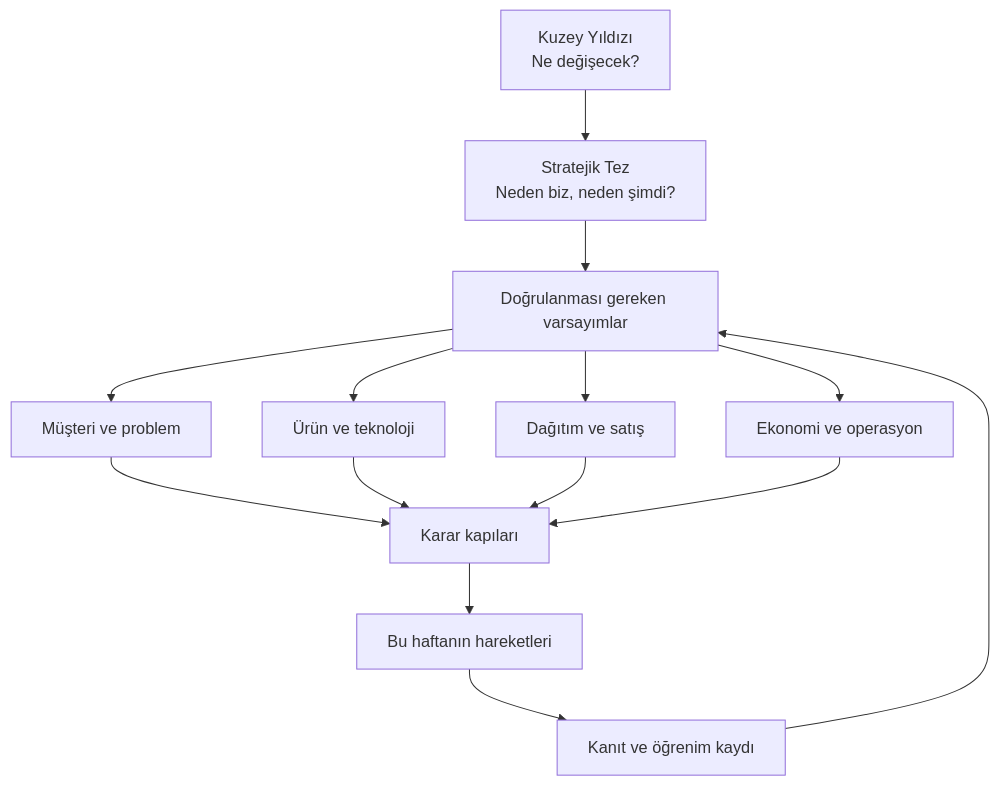
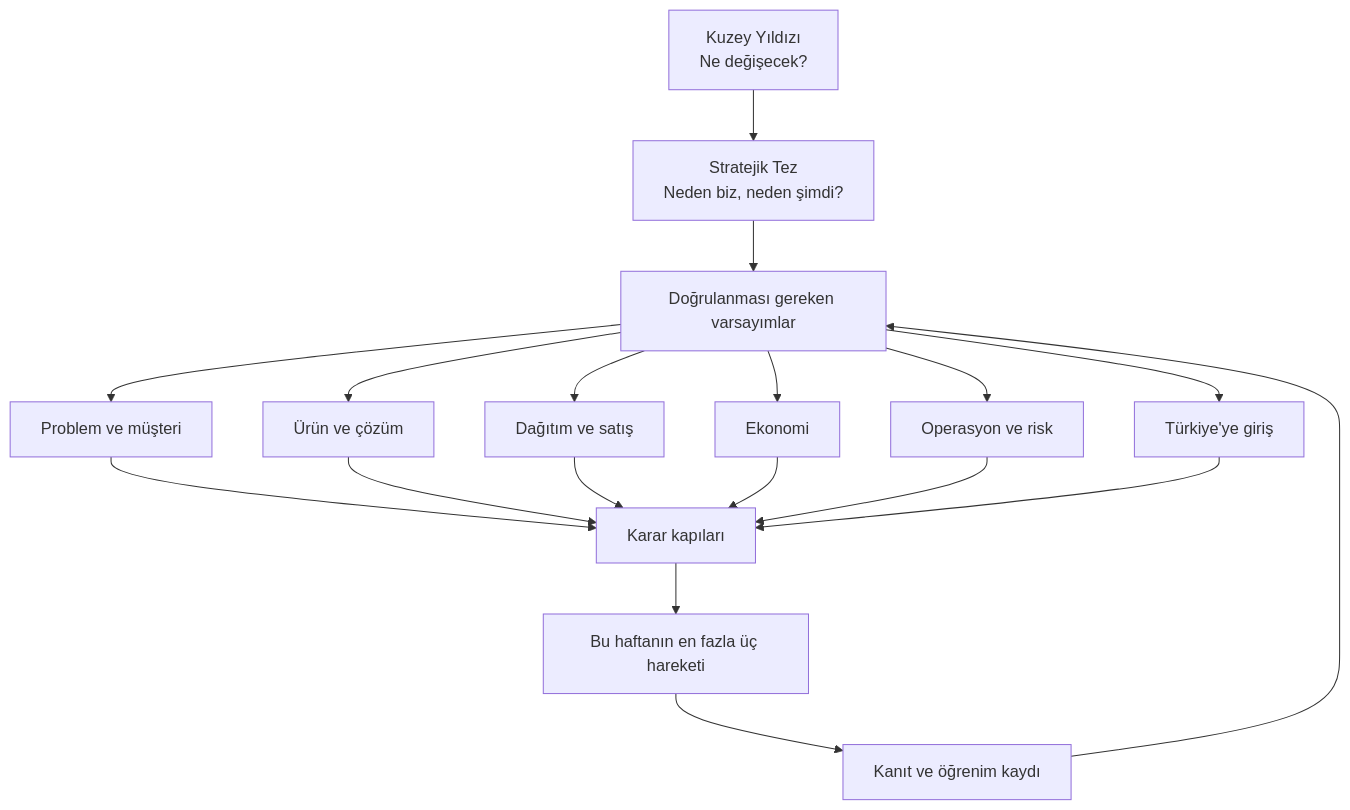
Before and after one commit to lightlessy/faruk-knowledge-base: the diagram in docs/startup/index.md, drawn with Mermaid. The commit also changed other lines of this file and 13 other files, not shown here.

Commit message:
Sipariş operasyon copilot karar ağacını ekle

````diff
--- a/docs/startup/index.md
+++ b/docs/startup/index.md
@@ -7,16 +19,20 @@
 ```mermaid
 graph TD
-    A[Kuzey Yıldızı<br/>Ne değişecek?] --> B[Stratejik Tez<br/>Neden biz, neden şimdi?]
-    B --> C[Doğrulanması gereken varsayımlar]
-    C --> D1[Müşteri ve problem]
-    C --> D2[Ürün ve teknoloji]
-    C --> D3[Dağıtım ve satış]
-    C --> D4[Ekonomi ve operasyon]
-    D1 --> E[Karar kapıları]
+    A["Kuzey Yıldızı<br/>Ne değişecek?"] --> B["Stratejik Tez<br/>Neden biz, neden şimdi?"]
+    B --> C["Doğrulanması gereken varsayımlar"]
+    C --> D1["Problem ve müşteri"]
+    C --> D2["Ürün ve çözüm"]
+    C --> D3["Dağıtım ve satış"]
+    C --> D4["Ekonomi"]
+    C --> D5["Operasyon ve risk"]
+    C --> D6["Türkiye'ye giriş"]
+    D1 --> E["Karar kapıları"]
     D2 --> E
     D3 --> E
     D4 --> E
-    E --> F[Bu haftanın hareketleri]
-    F --> G[Kanıt ve öğrenim kaydı]
+    D5 --> E
+    D6 --> E
+    E --> F["Bu haftanın en fazla üç hareketi"]
+    F --> G["Kanıt ve öğrenim kaydı"]
     G --> C
 ```
````
